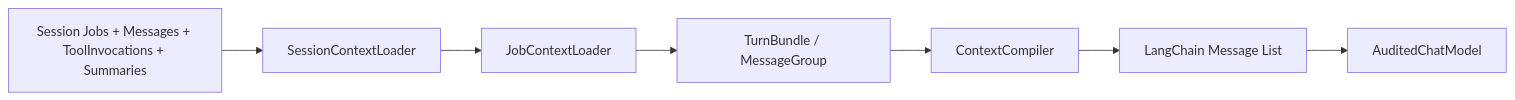
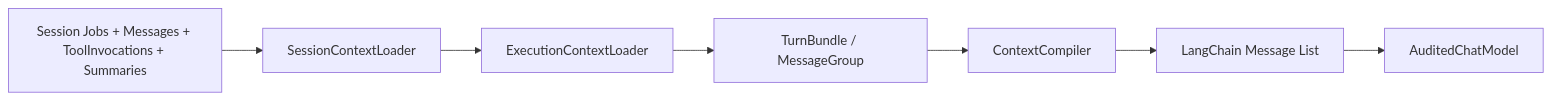
One commit to lucyonegit/agent-runtime-v2 changed the second of 2 diagrams in docs/02-persistence-context-view.md. Above: the diagram before and after it, drawn with Mermaid. The commit also changed other lines of this file and 35 other files, not shown here.

````diff
--- a/docs/02-persistence-context-view.md
+++ b/docs/02-persistence-context-view.md
@@ -65,9 +65,9 @@
 ```mermaid
 flowchart LR
     DB["Session Jobs + Messages + ToolInvocations + Summaries"] --> L["SessionContextLoader"]
-    L --> J["JobContextLoader"]
+    L --> J["ExecutionContextLoader"]
     J --> B["TurnBundle / MessageGroup"]
     B --> C["ContextCompiler"]
     C --> LC["LangChain Message List"]
     LC --> M["AuditedChatModel"]
 ```
````
